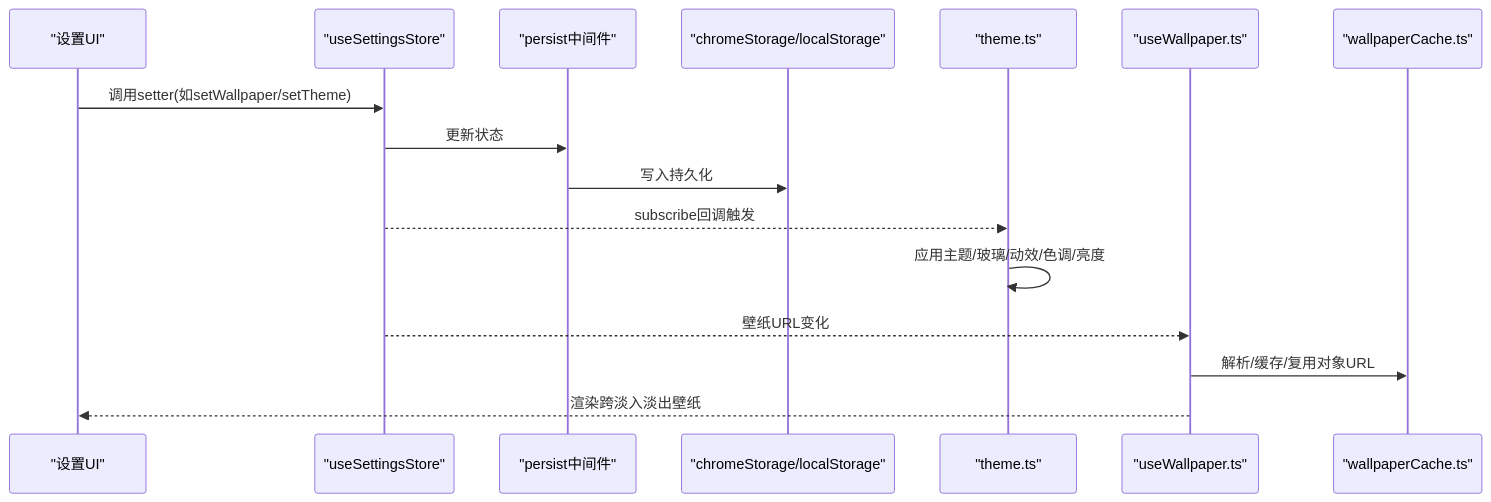
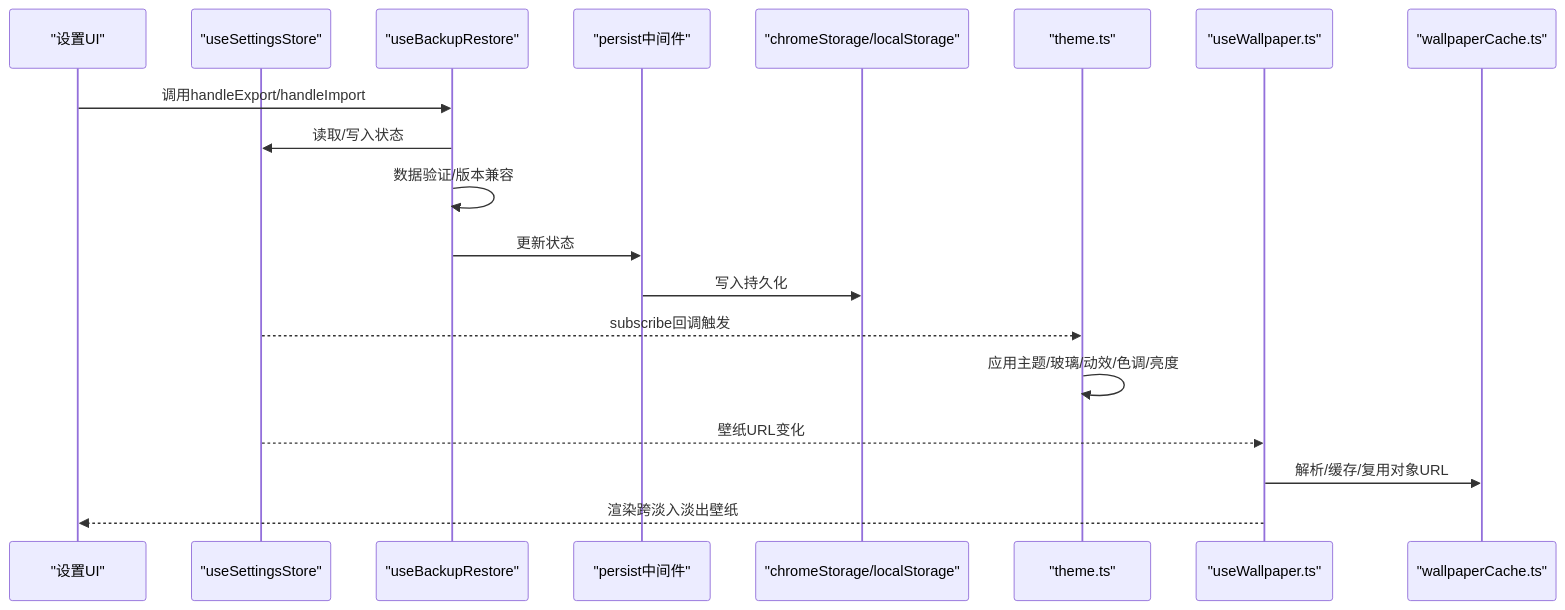
Before and after one commit to Zy0913/xtab: the second of 4 diagrams in .qoder/repowiki/zh/content/状态管理系统/设置状态管理.md, drawn with Mermaid. The commit also changed other lines of this file and 15 other files, not shown here.

````diff
--- a/.qoder/repowiki/zh/content/状态管理系统/设置状态管理.md
+++ b/.qoder/repowiki/zh/content/状态管理系统/设置状态管理.md
@@ -148,18 +170,21 @@
 ```mermaid
 sequenceDiagram
 participant UI as "设置UI"
 participant Store as "useSettingsStore"
+participant Backup as "useBackupRestore"
 participant Persist as "persist中间件"
 participant Storage as "chromeStorage/localStorage"
 participant Theme as "theme.ts"
 participant WP as "useWallpaper.ts"
 participant Cache as "wallpaperCache.ts"
-UI->>Store : 调用setter(如setWallpaper/setTheme)
-Store->>Persist : 更新状态
+UI->>Backup : 调用handleExport/handleImport
+Backup->>Store : 读取/写入状态
+Backup->>Backup : 数据验证/版本兼容
+Backup->>Persist : 更新状态
 Persist->>Storage : 写入持久化
 Store-->>Theme : subscribe回调触发
 Theme->>Theme : 应用主题/玻璃/动效/色调/亮度
 Store-->>WP : 壁纸URL变化
 WP->>Cache : 解析/缓存/复用对象URL
 WP-->>UI : 渲染跨淡入淡出壁纸
 ```
````
